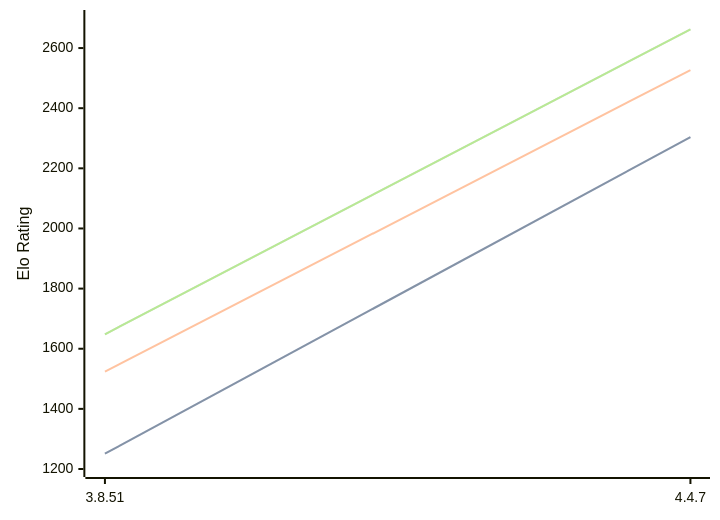
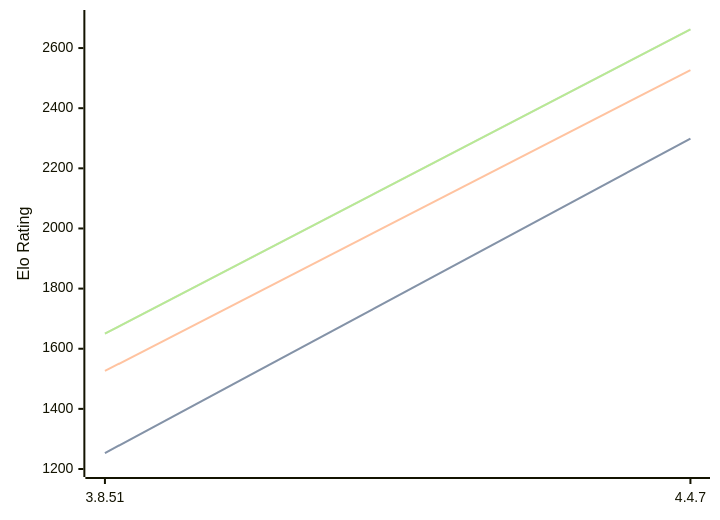
The diagram in engines/Scoria.md (computer-chess-index/cci), drawn with Mermaid before and after one commit. The commit also changed other lines of this file, not shown here.

Commit message:
Update CCI Ratings (ELO VLTC) - 2026-09-06

````diff
--- a/engines/Scoria.md
+++ b/engines/Scoria.md
@@ -32,11 +32,11 @@
 ```mermaid
 %%{init: {"theme":"base","themeVariables":{"seriesColors:['#a3a3a3','#222221','#faa371']}}}%%
 xychart-beta
   x-axis ["3.8.51", "4.4.7"]
   y-axis "Elo Rating" 1200 --> 2700
-  line "" [1251, 2304]
-  line "STC (8.0+0.08s)" [1251, 2304]
-  line "LTC (60.0+0.60s)" [1524, 2527]
-  line "" [1648, 2662]
-  line "VLTC (2m24s+1.12s)" [1648, 2662]
+  line "" [1253, 2299]
+  line "STC (8.0+0.08s)" [1253, 2299]
+  line "LTC (60.0+0.60s)" [1526, 2527]
+  line "" [1650, 2662]
+  line "VLTC (2m24s+1.12s)" [1650, 2662]
 ```
````
